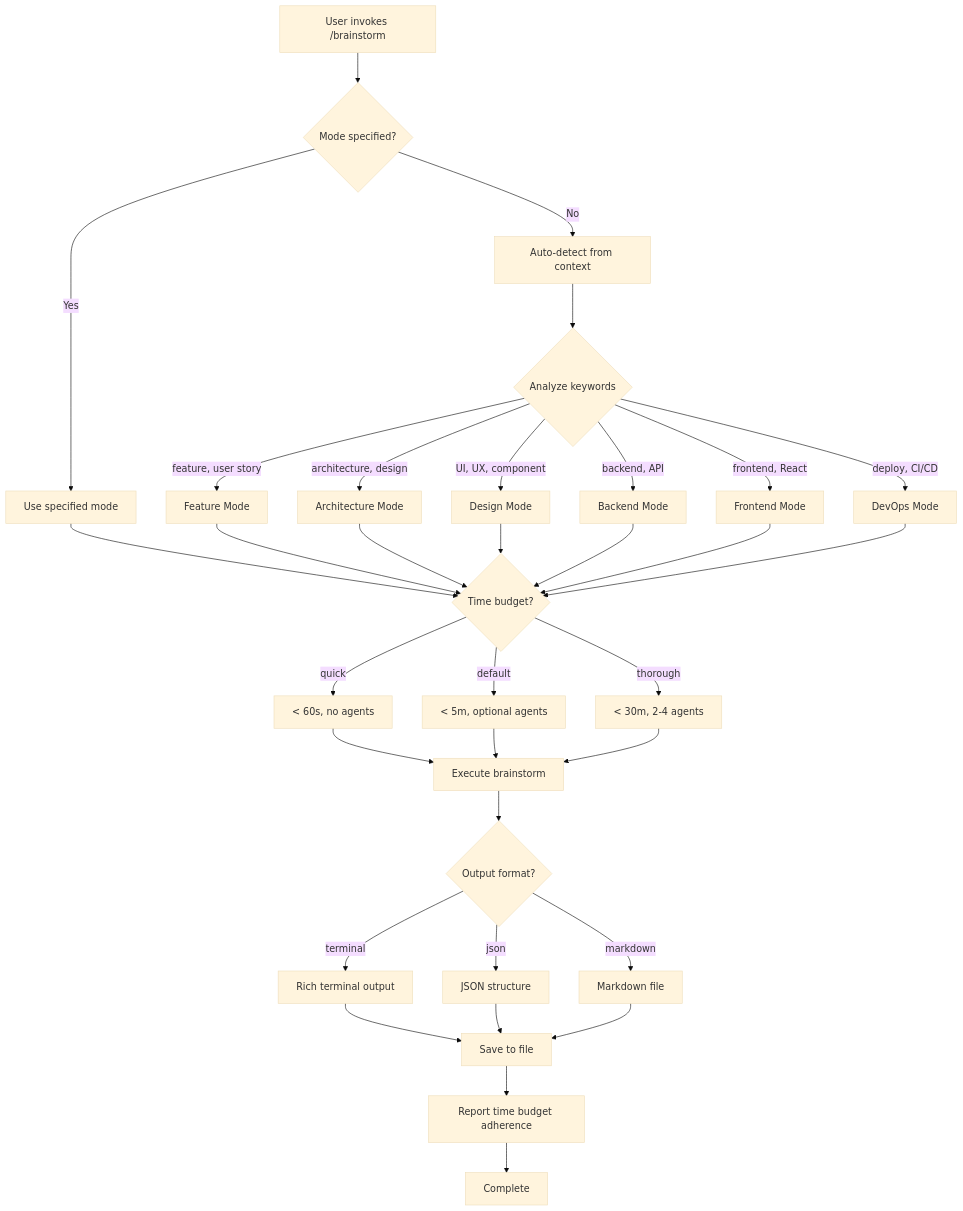
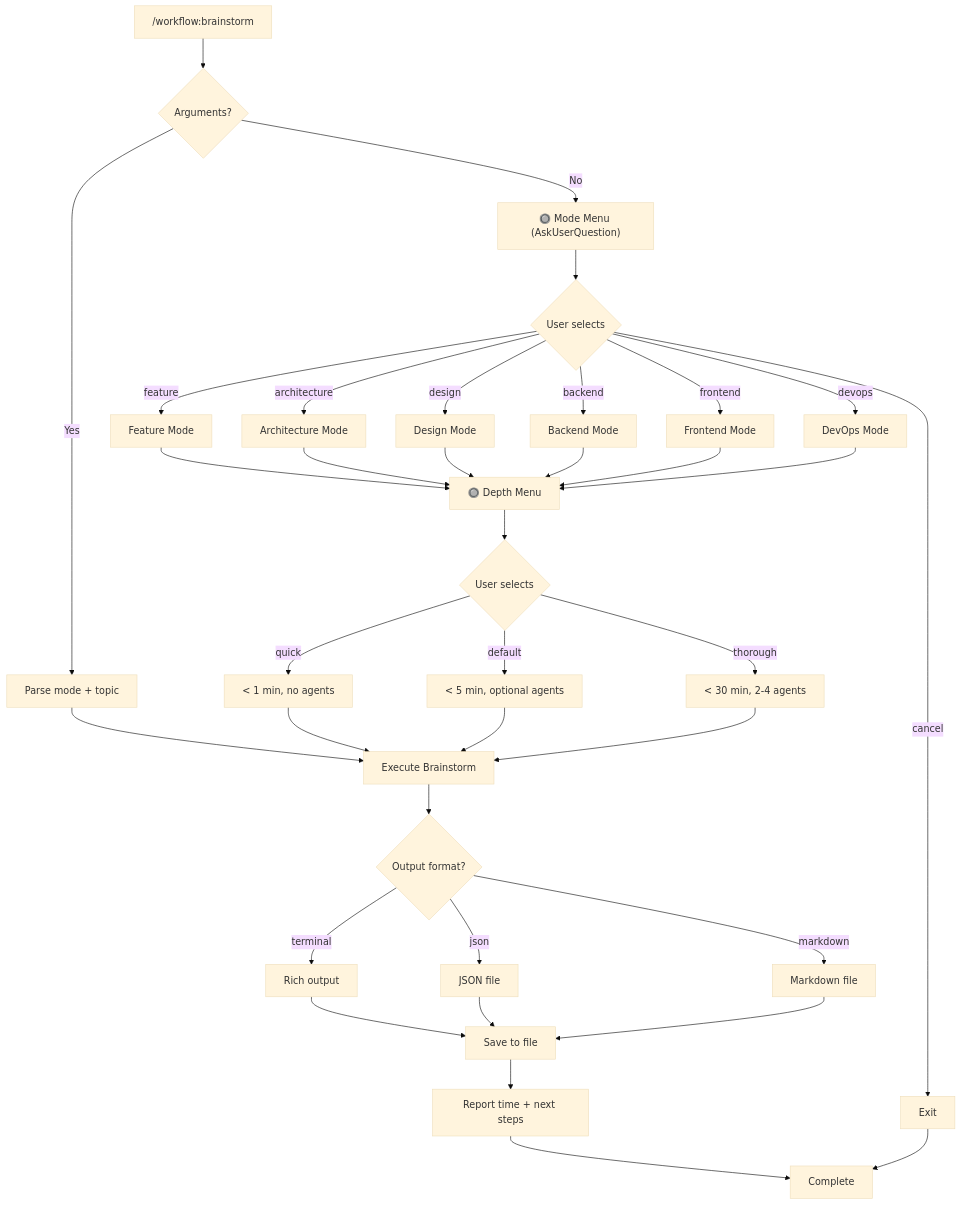
One commit to Data-Wise/craft changed the diagram in workflow/commands/brainstorm.md. Above: the diagram before and after it, drawn with Mermaid (base theme). The commit also changed other lines of this file and 3 other files, not shown here.

First line of the commit message:
feat(workflow): add tab-completion menu UX for brainstorm v2.1.2

````diff
--- a/workflow/commands/brainstorm.md
+++ b/workflow/commands/brainstorm.md
@@ -460,43 +415,46 @@
 ```mermaid
 flowchart TD
-    Start[User invokes /brainstorm] --> HasMode{Mode specified?}
+    Start["/workflow:brainstorm"] --> HasArgs{Arguments?}
 
-    HasMode -->|Yes| ExplicitMode[Use specified mode]
-    HasMode -->|No| DetectMode[Auto-detect from context]
+    HasArgs -->|Yes| ParseArgs[Parse mode + topic]
+    HasArgs -->|No| ModeMenu["🔘 Mode Menu (AskUserQuestion)"]
 
-    DetectMode --> Keywords{Analyze keywords}
-    Keywords -->|feature, user story| FeatureMode[Feature Mode]
-    Keywords -->|architecture, design| ArchMode[Architecture Mode]
-    Keywords -->|UI, UX, component| DesignMode[Design Mode]
-    Keywords -->|backend, API| BackendMode[Backend Mode]
-    Keywords -->|frontend, React| FrontendMode[Frontend Mode]
-    Keywords -->|deploy, CI/CD| DevOpsMode[DevOps Mode]
+    ModeMenu --> SelectMode{User selects}
+    SelectMode -->|feature| Feature[Feature Mode]
+    SelectMode -->|architecture| Arch[Architecture Mode]
+    SelectMode -->|design| Design[Design Mode]
+    SelectMode -->|backend| Backend[Backend Mode]
+    SelectMode -->|frontend| Frontend[Frontend Mode]
+    SelectMode -->|devops| DevOps[DevOps Mode]
+    SelectMode -->|cancel| Cancel[Exit]
 
-    ExplicitMode --> TimeBudget{Time budget?}
-    FeatureMode --> TimeBudget
-    ArchMode --> TimeBudget
-    DesignMode --> TimeBudget
-    BackendMode --> TimeBudget
-    FrontendMode --> TimeBudget
-    DevOpsMode --> TimeBudget
+    Feature --> DepthMenu["🔘 Depth Menu"]
+    Arch --> DepthMenu
+    Design --> DepthMenu
+    Backend --> DepthMenu
+    Frontend --> DepthMenu
+    DevOps --> DepthMenu
 
-    TimeBudget -->|quick| QuickPath[< 60s, no agents]
-    TimeBudget -->|default| DefaultPath[< 5m, optional agents]
-    TimeBudget -->|thorough| ThoroughPath[< 30m, 2-4 agents]
+    DepthMenu --> SelectDepth{User selects}
+    SelectDepth -->|quick| Quick["< 1 min, no agents"]
+    SelectDepth -->|default| Default["< 5 min, optional agents"]
+    SelectDepth -->|thorough| Thorough["< 30 min, 2-4 agents"]
 
-    QuickPath --> Execute[Execute brainstorm]
-    DefaultPath --> Execute
-    ThoroughPath --> Execute
+    ParseArgs --> Execute
+    Quick --> Execute
+    Default --> Execute
+    Thorough --> Execute
 
-    Execute --> Format{Output format?}
-    Format -->|terminal| Terminal[Rich terminal output]
-    Format -->|json| JSON[JSON structure]
+    Execute[Execute Brainstorm] --> Format{Output format?}
+    Format -->|terminal| Terminal[Rich output]
+    Format -->|json| JSON[JSON file]
     Format -->|markdown| Markdown[Markdown file]
 
     Terminal --> Save[Save to file]
     JSON --> Save
     Markdown --> Save
 
-    Save --> Report[Report time budget adherence]
+    Save --> Report["Report time + next steps"]
     Report --> End[Complete]
+    Cancel --> End
 ```
````
